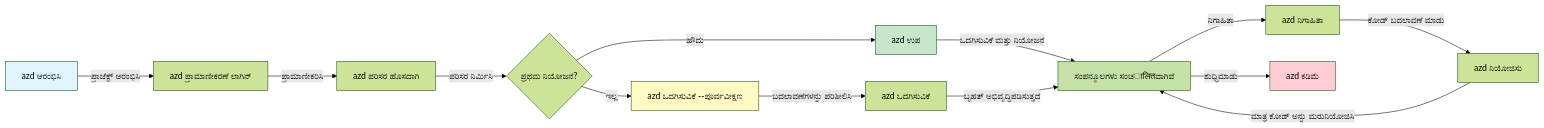
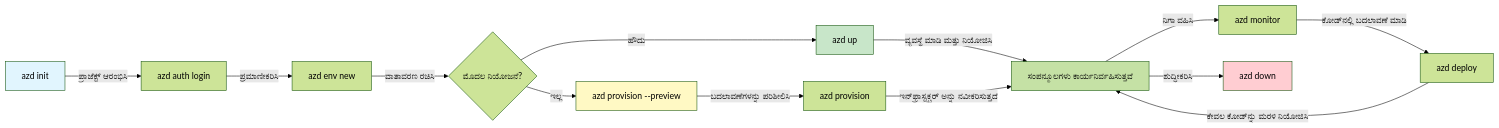
One commit to microsoft/AZD-for-beginners changed the first of 2 diagrams in translations/kn/docs/chapter-01-foundation/azd-basics.md. Above: the diagram before and after it, drawn with Mermaid (forest theme). The commit also changed other lines of this file and 104 other files, not shown here.

````diff
--- a/translations/kn/docs/chapter-01-foundation/azd-basics.md
+++ b/translations/kn/docs/chapter-01-foundation/azd-basics.md
@@ -269,21 +269,21 @@
 ```mermaid
 graph LR
-    A[azd ಆರಂಭಿಸಿ] -->|ಪ್ರಾಜೆಕ್ಟ್ ಆರಂಭಿಸಿ| B[azd ಪ್ರಾಮಾಣೀಕರಣೆ ಲಾಗಿನ್]
-    B -->|ಪ್ರಾಮಾಣೀಕರಿಸಿ| C[azd ಪರಿಸರ ಹೊಸದಾಗಿ]
-    C -->|ಪರಿಸರ ನಿರ್ಮಿಸಿ| D{ಪ್ರಥಮ ನಿಯೋಜನೆ?}
-    D -->|ಹೌದು| E[azd ಉಪ]
-    D -->|ಇಲ್ಲ| F[azd ಒದಗಿಸುವಿಕೆ --ಪೂರ್ವವೀಕ್ಷಣ]
-    F -->|ಬದಲಾವಣೆಗಳನ್ನು ಪರಿಶೀಲಿಸಿ| G[azd ಒದಗಿಸುವಿಕೆ]
-    E -->|ಒದಗಿಸುವಿಕೆ ಮತ್ತು ನಿಯೋಜನೆ| H[ಸಂಪನ್ಮೂಲಗಳು ಸಂಚालितವಾಗಿವೆ]
-    G -->|ಬೃಹತ್ ಅಭಿವೃದ್ಧಿಪಡಿಸುತ್ತದೆ| H
-    H -->|ನಿಗಾಹಿತಾ| I[azd ನಿಗಾಹಿತಾ]
-    I -->|ಕೋಡ್ ಬದಲಾವಣೆ ಮಾಡು| J[azd ನಿಯೋಜಿಸು]
-    J -->|ಮಾತ್ರ ಕೋಡ್ ಅನ್ನು ಮರುನಿಯೋಜಿಸಿ| H
-    H -->|ಶುಧ್ಧಿಮಾಡು| K[azd ಕಡಿಮೆ]
+    A[azd init] -->|ಪ್ರಾಜೆಕ್ಟ್ ಆರಂಭಿಸಿ| B[azd auth login]
+    B -->|ಪ್ರಮಾಣೀಕರಿಸಿ| C[azd env new]
+    C -->|ವಾತಾವರಣ ರಚಿಸಿ| D{ಮೊದಲ ನಿಯೋಜನೆ?}
+    D -->|ಹೌದು| E[azd up]
+    D -->|ಇಲ್ಲ| F[azd provision --preview]
+    F -->|ಬದಲಾವಣೆಗಳನ್ನು ಪರಿಶೀಲಿಸಿ| G[azd provision]
+    E -->|ವ್ಯವಸ್ಥೆ ಮಾಡಿ ಮತ್ತು ನಿಯೋಜಿಸಿ| H[ಸಂಪನ್ಮೂಲಗಳು ಕಾರ್ಯನಿರ್ವಹಿಸುತ್ತವೆ]
+    G -->|ಇನ್‌ಫ್ರಾಸ್ಟ್ರಕ್ಚರ್ ಅನ್ನು ನವೀಕರಿಸುತ್ತದೆ| H
+    H -->|ನಿಗಾ ವಹಿಸಿ| I[azd monitor]
+    I -->|ಕೋಡ್‌ನಲ್ಲಿ ಬದಲಾವಣೆ ಮಾಡಿ| J[azd deploy]
+    J -->|ಕೇವಲ ಕೋಡ್‌ನ್ನು ಮರಳಿ ನಿಯೋಜಿಸಿ| H
+    H -->|ಶುದ್ಧೀಕರಿಸಿ| K[azd down]
     
     style A fill:#e1f5fe
     style E fill:#c8e6c9
     style F fill:#fff9c4
     style H fill:#c5e1a5
     style K fill:#ffcdd2
 ```
````
